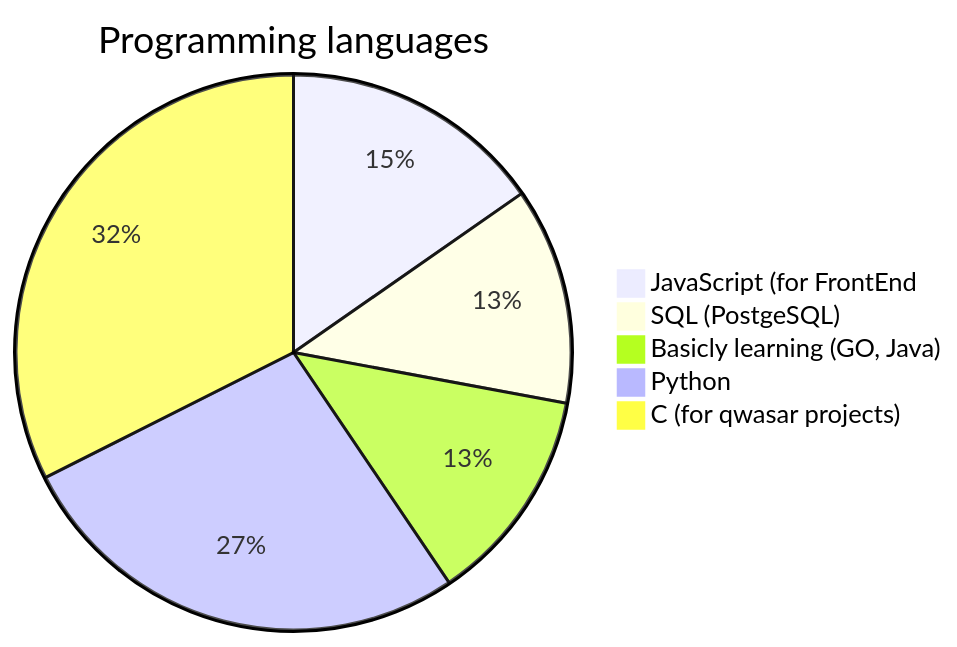
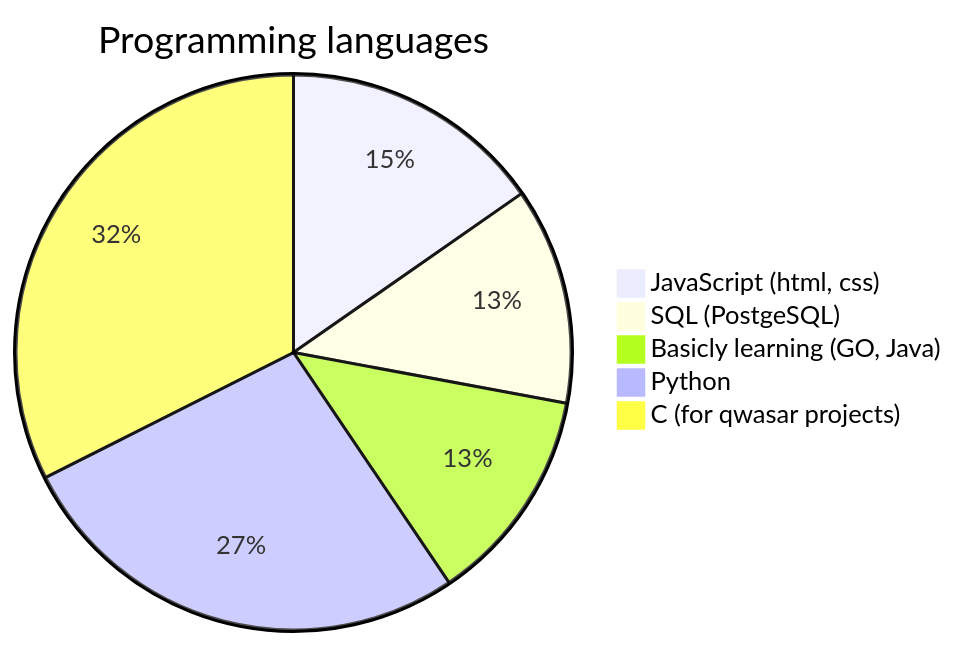
One commit to holmon-alp/holmon-alp changed the diagram in README.md. Above: the diagram before and after it, drawn with Mermaid. The commit also changed other lines of this file, not shown here.

````diff
--- a/README.md
+++ b/README.md
@@ -19,9 +19,9 @@
 ```mermaid
 pie
     title Programming languages
-    "JavaScript (for FrontEnd" : 85
+    "JavaScript (html, css)" : 85
     "SQL (PostgeSQL)" : 70
     "Basicly learning (GO, Java)" : 70
     "Python" : 150
     "C (for qwasar projects)" : 180
 ```
````
